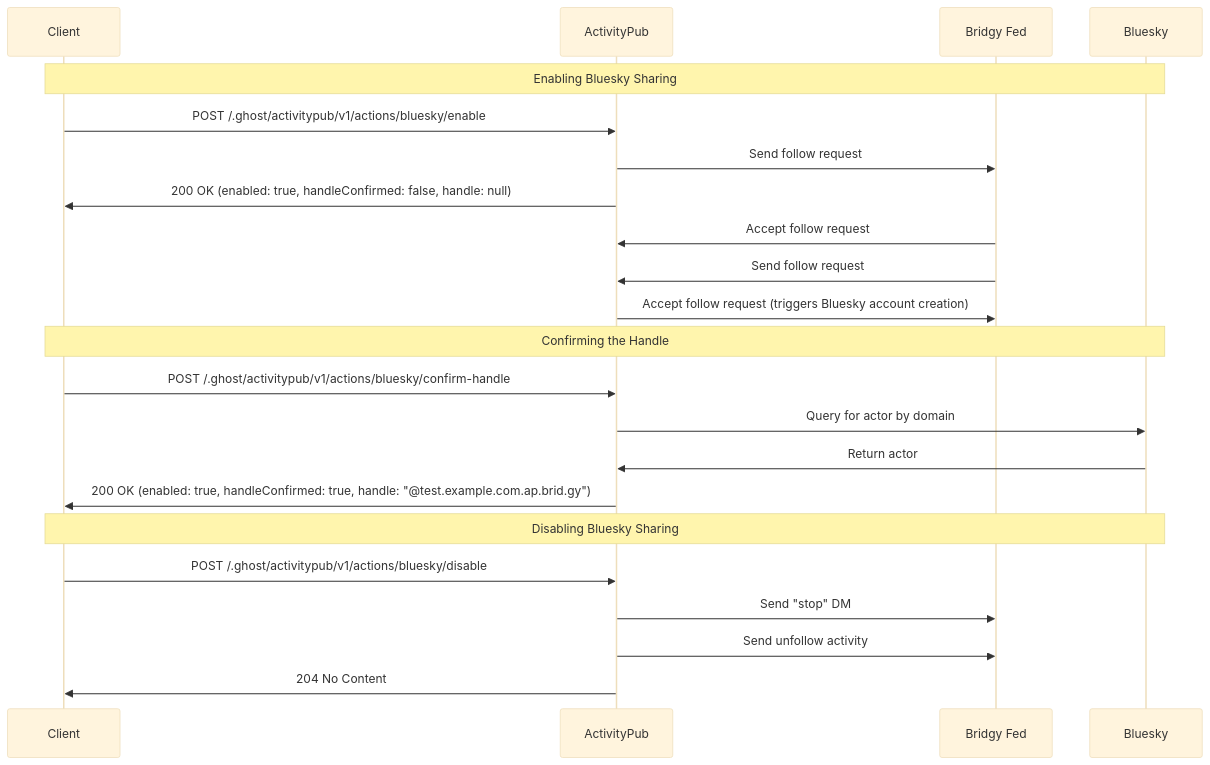
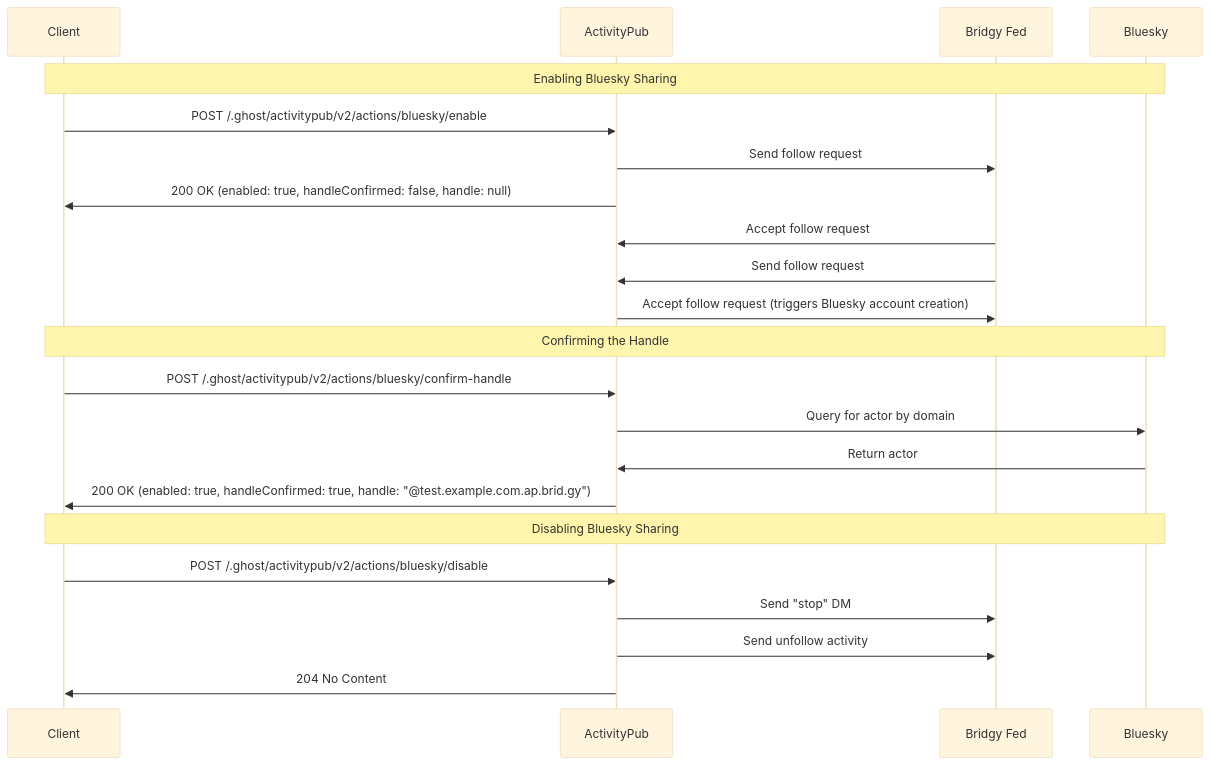
The diagram in docs/bluesky-sharing.md (TryGhost/ActivityPub), drawn with Mermaid (base theme) before and after one commit. The commit also changed other lines of this file and 6 other files, not shown here.

````diff
--- a/docs/bluesky-sharing.md
+++ b/docs/bluesky-sharing.md
@@ -97,31 +98,31 @@
 ```mermaid
   sequenceDiagram
       participant Client
       participant ActivityPub
       participant Bridgy Fed
       participant Bluesky
 
       Note over Client,Bluesky: Enabling Bluesky Sharing
 
-      Client->>ActivityPub: POST /.ghost/activitypub/v1/actions/bluesky/enable
+      Client->>ActivityPub: POST /.ghost/activitypub/v2/actions/bluesky/enable
       ActivityPub->>Bridgy Fed: Send follow request
       ActivityPub->>Client: 200 OK (enabled: true, handleConfirmed: false, handle: null)
 
       Bridgy Fed->>ActivityPub: Accept follow request
       Bridgy Fed->>ActivityPub: Send follow request
       ActivityPub->>Bridgy Fed: Accept follow request (triggers Bluesky account creation)
 
       Note over Client,Bluesky: Confirming the Handle
 
-      Client->>ActivityPub: POST /.ghost/activitypub/v1/actions/bluesky/confirm-handle
+      Client->>ActivityPub: POST /.ghost/activitypub/v2/actions/bluesky/confirm-handle
       ActivityPub->>Bluesky: Query for actor by domain
       Bluesky->>ActivityPub: Return actor
       ActivityPub->>Client: 200 OK (enabled: true, handleConfirmed: true, handle: "@test.example.com.ap.brid.gy")
 
       Note over Client,Bluesky: Disabling Bluesky Sharing
 
-      Client->>ActivityPub: POST /.ghost/activitypub/v1/actions/bluesky/disable
+      Client->>ActivityPub: POST /.ghost/activitypub/v2/actions/bluesky/disable
       ActivityPub->>Bridgy Fed: Send "stop" DM
       ActivityPub->>Bridgy Fed: Send unfollow activity
       ActivityPub->>Client: 204 No Content
 ```
````
